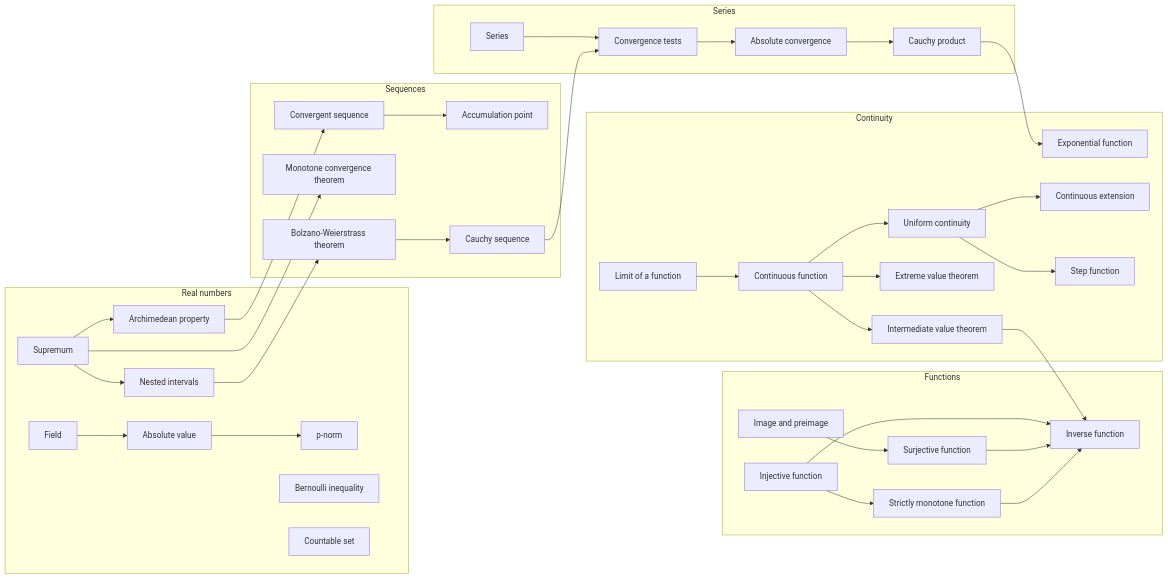
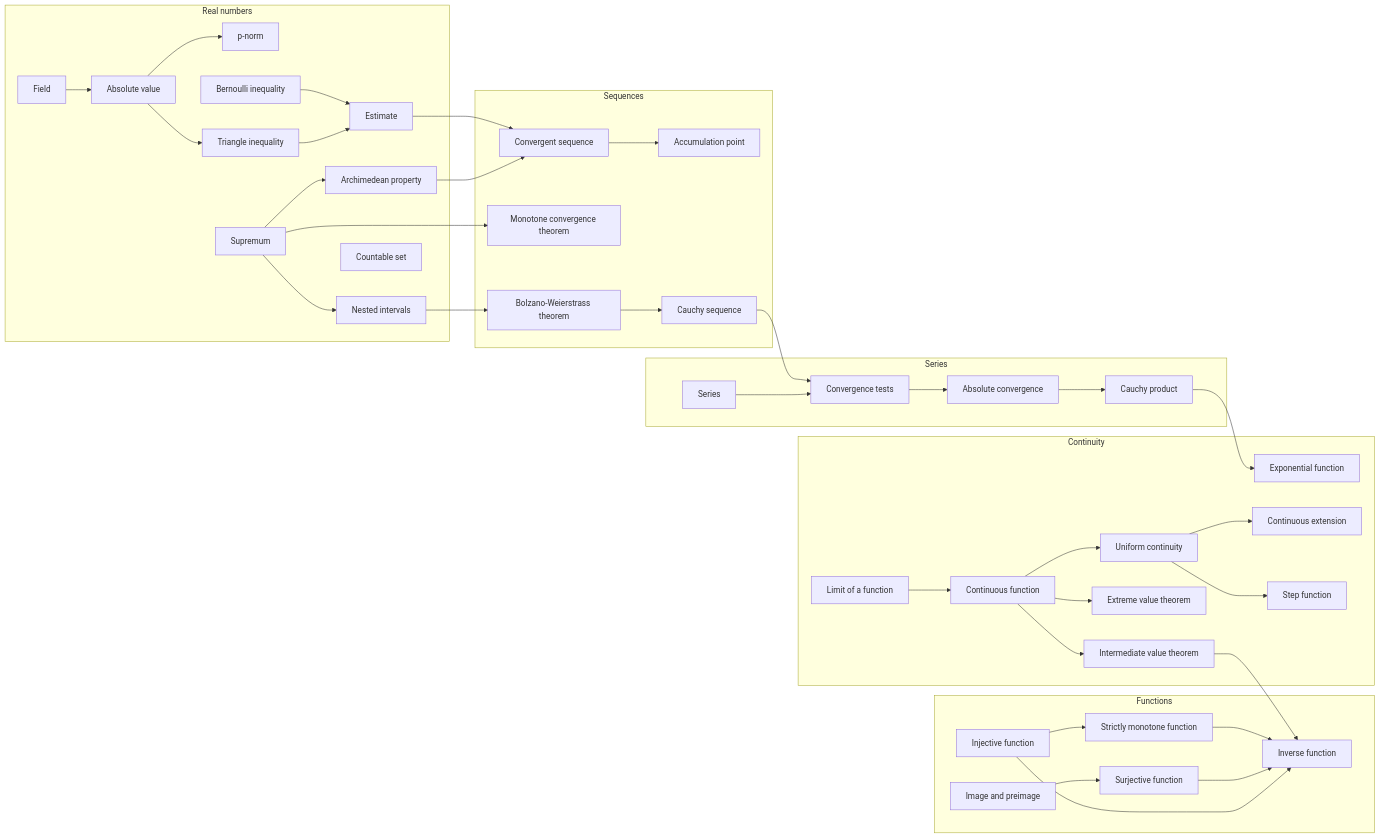
The first of 4 diagrams in ATLAS.md (ren-ben/kaelearn), drawn with Mermaid before and after one commit. The commit also changed other lines of this file and 4 other files, not shown here.

````diff
--- a/ATLAS.md
+++ b/ATLAS.md
@@ -34,40 +35,43 @@
 ```mermaid
 flowchart LR
   subgraph RN[Real numbers]
     F[Field] --> AV[Absolute value] --> PN[p-norm]
     BI[Bernoulli inequality]
+    AV --> TI[Triangle inequality] --> ES[Estimate]
+    BI --> ES
     SUP[Supremum] --> AR[Archimedean property]
     SUP --> NI[Nested intervals]
     CS[Countable set]
   end
   subgraph FN[Functions]
     IP[Image and preimage]
     INJ[Injective function] --> INV[Inverse function]
     SUR[Surjective function] --> INV
     INJ --> SM[Strictly monotone function]
   end
   subgraph SQ[Sequences]
     CV[Convergent sequence] --> AP[Accumulation point]
     MC[Monotone convergence theorem]
     BW[Bolzano-Weierstrass theorem] --> CY[Cauchy sequence]
   end
   subgraph SR[Series]
     SE[Series] --> CT[Convergence tests] --> AC[Absolute convergence] --> CP[Cauchy product]
   end
   subgraph CO[Continuity]
     EX[Exponential function]
     LF[Limit of a function] --> CF[Continuous function]
     CF --> IVT[Intermediate value theorem]
     CF --> EVT[Extreme value theorem]
     CF --> UC[Uniform continuity] --> CE[Continuous extension]
     UC --> STF[Step function]
   end
   IP --> SUR
   AR --> CV
+  ES --> CV
   SUP --> MC
   NI --> BW
   CY --> CT
   CP --> EX
   IVT --> INV
   SM --> INV
 ```
````
